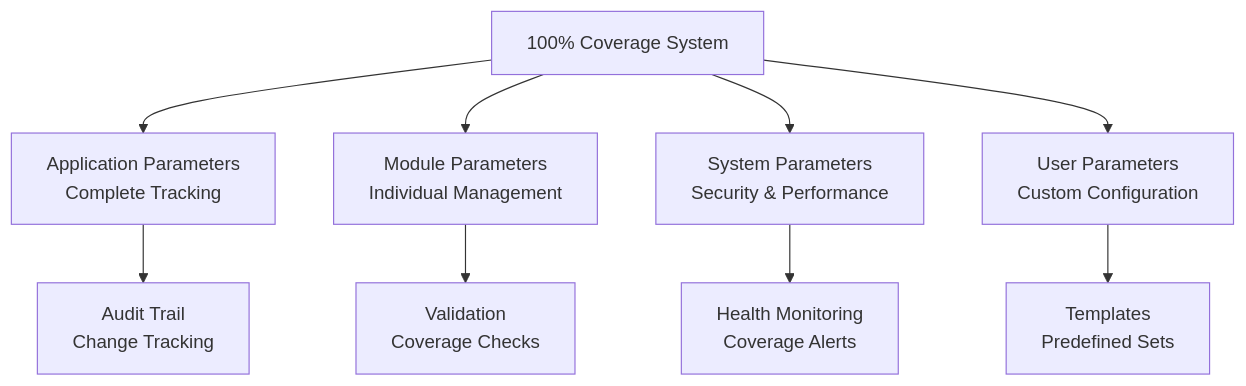
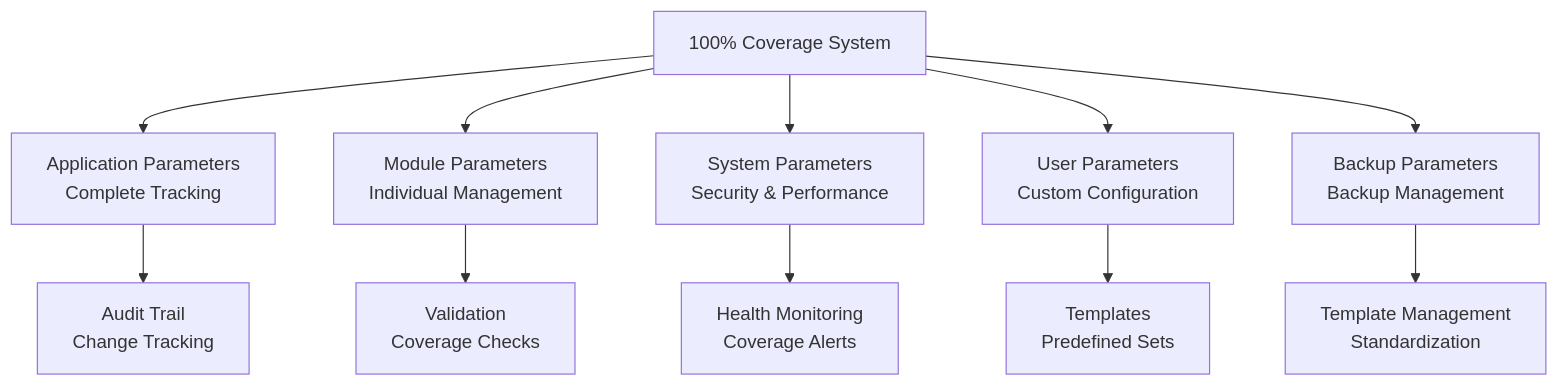
Before and after one commit to franckylab/eLISAschool: diagram 12 of 16 in .qoder/repowiki/en/content/Configuration & Environment Management.md, drawn with Mermaid. The commit also changed other lines of this file and 254 other files, not shown here.

````diff
--- a/.qoder/repowiki/en/content/Configuration & Environment Management.md
+++ b/.qoder/repowiki/en/content/Configuration & Environment Management.md
@@ -422,11 +686,13 @@
 ```mermaid
 flowchart TD
 Coverage["100% Coverage System"] --> AppParams["Application Parameters<br/>Complete Tracking"]
 Coverage --> ModParams["Module Parameters<br/>Individual Management"]
 Coverage --> SysParams["System Parameters<br/>Security & Performance"]
 Coverage --> UserParams["User Parameters<br/>Custom Configuration"]
+Coverage --> BackupParams["Backup Parameters<br/>Backup Management"]
 AppParams --> Audit["Audit Trail<br/>Change Tracking"]
 ModParams --> Validation["Validation<br/>Coverage Checks"]
 SysParams --> Health["Health Monitoring<br/>Coverage Alerts"]
 UserParams --> Templates["Templates<br/>Predefined Sets"]
+BackupParams --> TemplateManagement["Template Management<br/>Standardization"]
 ```
````
